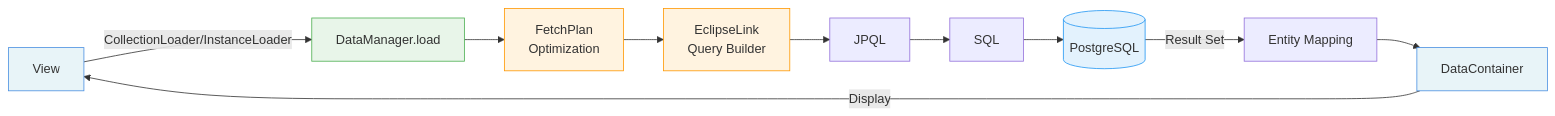
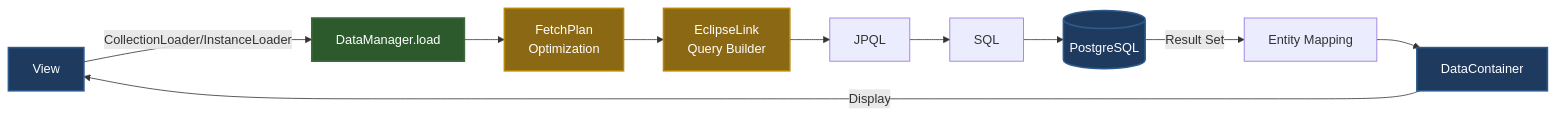
Before and after one commit to sovavibe/start: the ninth of 11 diagrams in docs/architecture/ARCHITECTURE.md, drawn with Mermaid. The commit also changed other lines of this file and 103 other files, not shown here.

````diff
--- a/docs/architecture/ARCHITECTURE.md
+++ b/docs/architecture/ARCHITECTURE.md
@@ -498,19 +498,19 @@
 ```mermaid
 flowchart LR
     A[View] -->|CollectionLoader/InstanceLoader| B[DataManager.load]
     B --> C[FetchPlan<br/>Optimization]
     C --> D[EclipseLink<br/>Query Builder]
     D --> E[JPQL]
     E --> F[SQL]
     F --> G[(PostgreSQL)]
     G -->|Result Set| H[Entity Mapping]
     H --> I[DataContainer]
     I -->|Display| A
     
-    style A fill:#e8f4f8,stroke:#4a90e2
-    style B fill:#e8f5e9,stroke:#4caf50
-    style C fill:#fff3e0,stroke:#ff9800
-    style D fill:#fff3e0,stroke:#ff9800
-    style G fill:#e3f2fd,stroke:#2196f3
-    style I fill:#e8f4f8,stroke:#4a90e2
+    style A fill:#1e3a5f,stroke:#2c5a8a,stroke-width:2px,color:#fff
+    style B fill:#2d5a2d,stroke:#3d6b3d,stroke-width:2px,color:#fff
+    style C fill:#8b6914,stroke:#b8860b,stroke-width:2px,color:#fff
+    style D fill:#8b6914,stroke:#b8860b,stroke-width:2px,color:#fff
+    style G fill:#1e3a5f,stroke:#2c5a8a,stroke-width:2px,color:#fff
+    style I fill:#1e3a5f,stroke:#2c5a8a,stroke-width:2px,color:#fff
 ```
````
